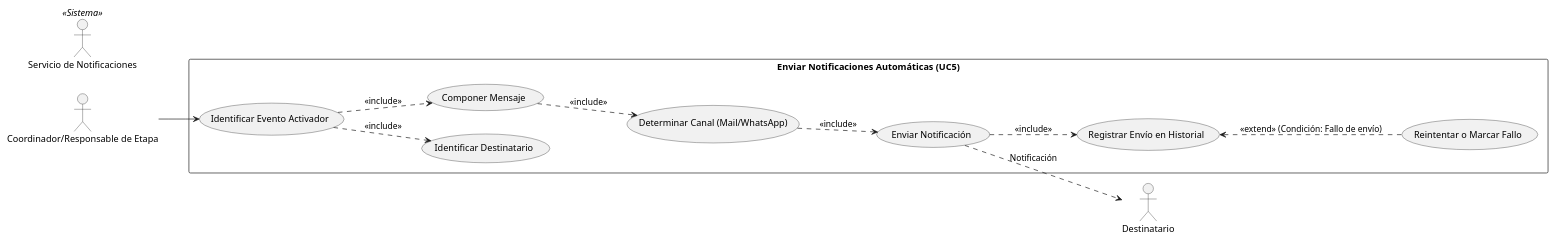
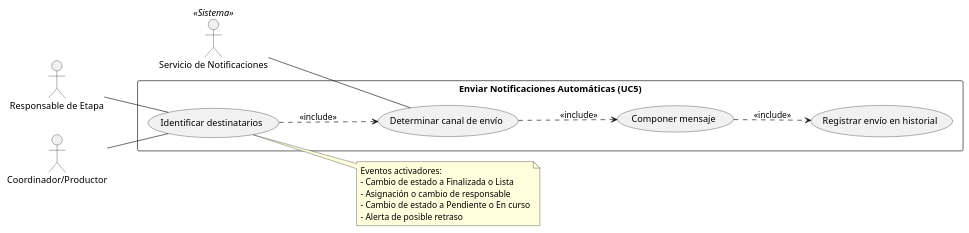
One commit to GonzaloBarbano/SistemaProductoraVideos changed the diagram in diagramas/02-casos-de-uso/02-caso-uso-enviar-notificacion-05.puml. Above: the diagram before and after it, drawn with PlantUML. The commit also changed 11 other files, not shown here.

Commit message:
Correccion diagramas

```diff
--- a/diagramas/02-casos-de-uso/02-caso-uso-enviar-notificacion-05.puml
+++ b/diagramas/02-casos-de-uso/02-caso-uso-enviar-notificacion-05.puml
@@ -1,26 +1,30 @@
 @startuml
 left to right direction
 
-actor "Coordinador/Responsable de Etapa" as Trigger
 actor "Servicio de Notificaciones" as Notif <<Sistema>>
-actor "Destinatario" as Dest
+actor "Responsable de Etapa" as Resp
+actor "Coordinador/Productor" as Prod
 
 rectangle "Enviar Notificaciones Automáticas (UC5)" {
-    usecase "Identificar Evento Activador" as Evento
-    usecase "Identificar Destinatario" as DestinatarioUC
-    usecase "Componer Mensaje" as Componer
-    usecase "Determinar Canal (Mail/WhatsApp)" as Canal
-    usecase "Enviar Notificación" as Enviar
-    usecase "Registrar Envío en Historial" as RegEnvio
-    usecase "Reintentar o Marcar Fallo" as Reintentar
+    usecase "Identificar destinatarios" as Destinatarios
+    usecase "Determinar canal de envío" as Canal
+    usecase "Componer mensaje" as Mensaje
+    usecase "Registrar envío en historial" as Registro
 }
 
-Trigger --> Evento
-Evento ..> DestinatarioUC : <<include>>
-Evento ..> Componer : <<include>>
-Componer ..> Canal : <<include>>
-Canal ..> Enviar : <<include>>
-Enviar ..> Dest : Notificación
-Enviar ..> RegEnvio : <<include>>
-RegEnvio <.. Reintentar : <<extend>> (Condición: Fallo de envío)
+Prod -- Destinatarios
+Resp -- Destinatarios
+Notif -- Canal
+
+Destinatarios ..> Canal : <<include>>
+Canal ..> Mensaje : <<include>>
+Mensaje ..> Registro : <<include>>
+
+note right of Destinatarios
+  Eventos activadores:
+  - Cambio de estado a Finalizada o Lista
+  - Asignación o cambio de responsable
+  - Cambio de estado a Pendiente o En curso
+  - Alerta de posible retraso
+end note
 @enduml
```
